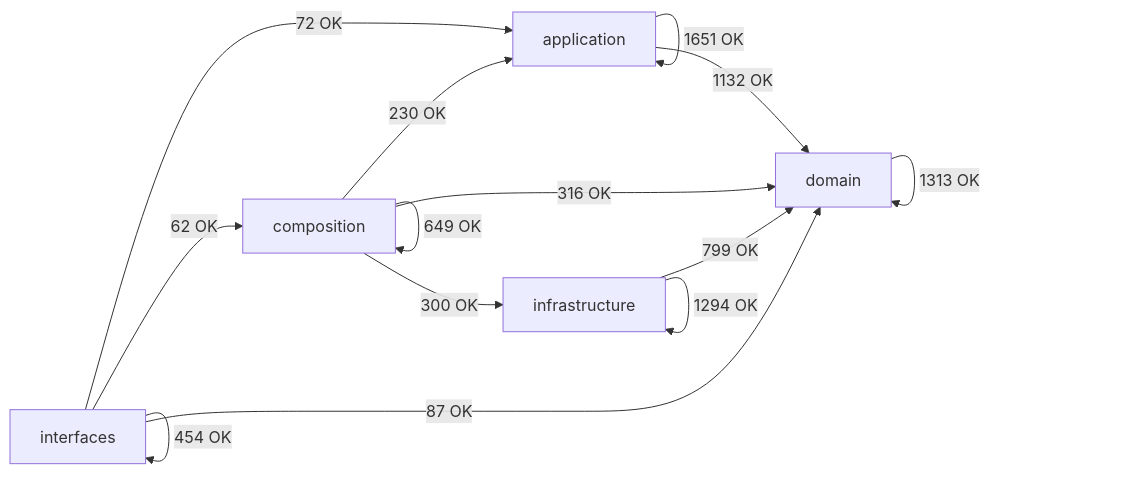
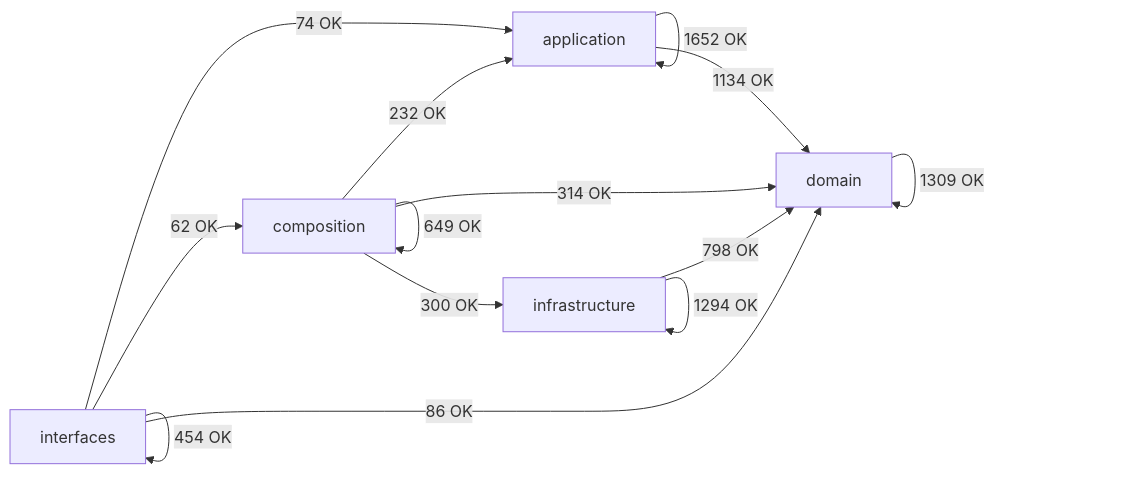
One commit to SatoryKono/BioactivityDataAcquisition changed the diagram in docs/02-architecture/generated/module-dependency-map.md. Above: the diagram before and after it, drawn with Mermaid. The commit also changed other lines of this file and 3 other files, not shown here.

````diff
--- a/docs/02-architecture/generated/module-dependency-map.md
+++ b/docs/02-architecture/generated/module-dependency-map.md
@@ -17,21 +17,21 @@
 ```mermaid
 flowchart LR
     domain[domain]
     application[application]
     infrastructure[infrastructure]
     composition[composition]
     interfaces[interfaces]
-    application -->|1651 OK| application
-    application -->|1132 OK| domain
-    composition -->|230 OK| application
+    application -->|1652 OK| application
+    application -->|1134 OK| domain
+    composition -->|232 OK| application
     composition -->|649 OK| composition
-    composition -->|316 OK| domain
+    composition -->|314 OK| domain
     composition -->|300 OK| infrastructure
-    domain -->|1313 OK| domain
-    infrastructure -->|799 OK| domain
+    domain -->|1309 OK| domain
+    infrastructure -->|798 OK| domain
     infrastructure -->|1294 OK| infrastructure
-    interfaces -->|72 OK| application
+    interfaces -->|74 OK| application
     interfaces -->|62 OK| composition
-    interfaces -->|87 OK| domain
+    interfaces -->|86 OK| domain
     interfaces -->|454 OK| interfaces
 ```
````
